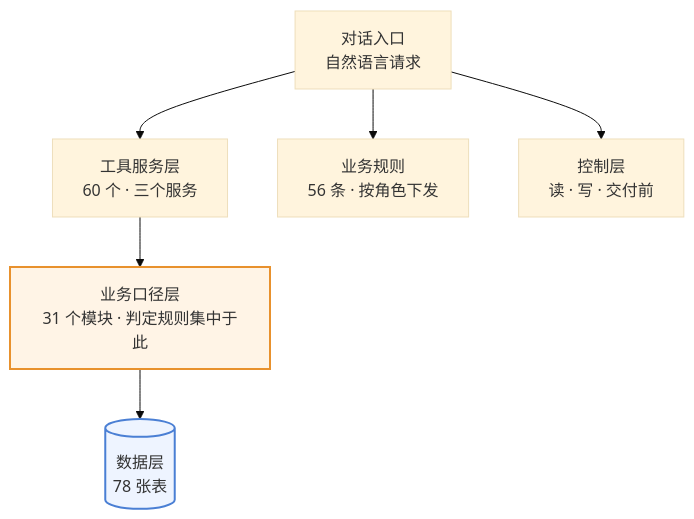
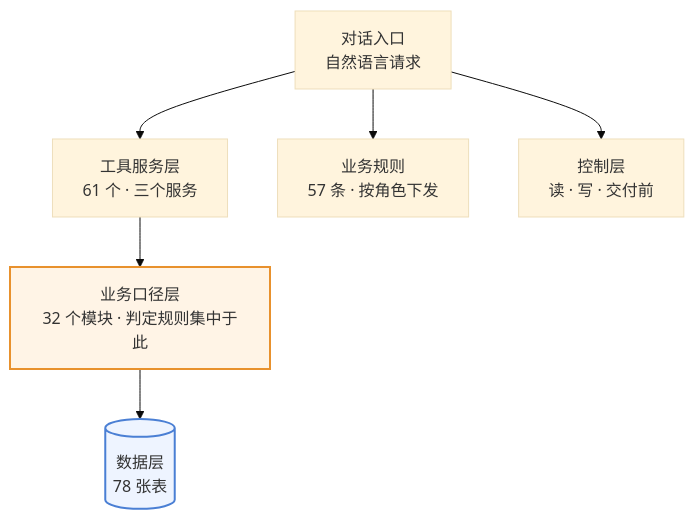
The first of 4 diagrams in 澜绣云裳agent-产品需求文档.md (843773296-rgb/lanxiu-yunshang-agent), drawn with Mermaid (base theme) before and after one commit. The commit also changed other lines of this file and 19 other files, not shown here.

````diff
--- a/澜绣云裳agent-产品需求文档.md
+++ b/澜绣云裳agent-产品需求文档.md
@@ -134,12 +134,12 @@
 ```mermaid
 flowchart TD
     M["对话入口<br/>自然语言请求"]
-    M --> T["工具服务层<br/>60 个 · 三个服务"]
-    M --> R["业务规则<br/>56 条 · 按角色下发"]
+    M --> T["工具服务层<br/>61 个 · 三个服务"]
+    M --> R["业务规则<br/>57 条 · 按角色下发"]
     M --> G["控制层<br/>读 · 写 · 交付前"]
-    T --> K["业务口径层<br/>31 个模块 · 判定规则集中于此"]
+    T --> K["业务口径层<br/>32 个模块 · 判定规则集中于此"]
     K --> DB[("数据层<br/>78 张表")]
 
     style K fill:#fff4e6,stroke:#e8912d,stroke-width:2px
     style DB fill:#eef4ff,stroke:#4a7fd4,stroke-width:2px
 ```
````
